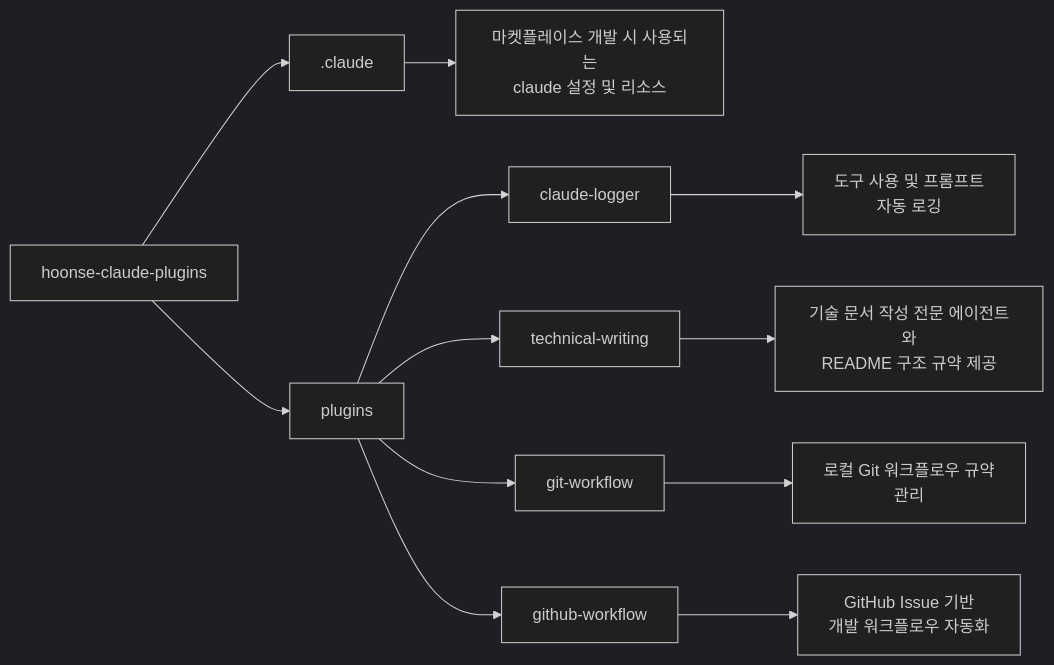
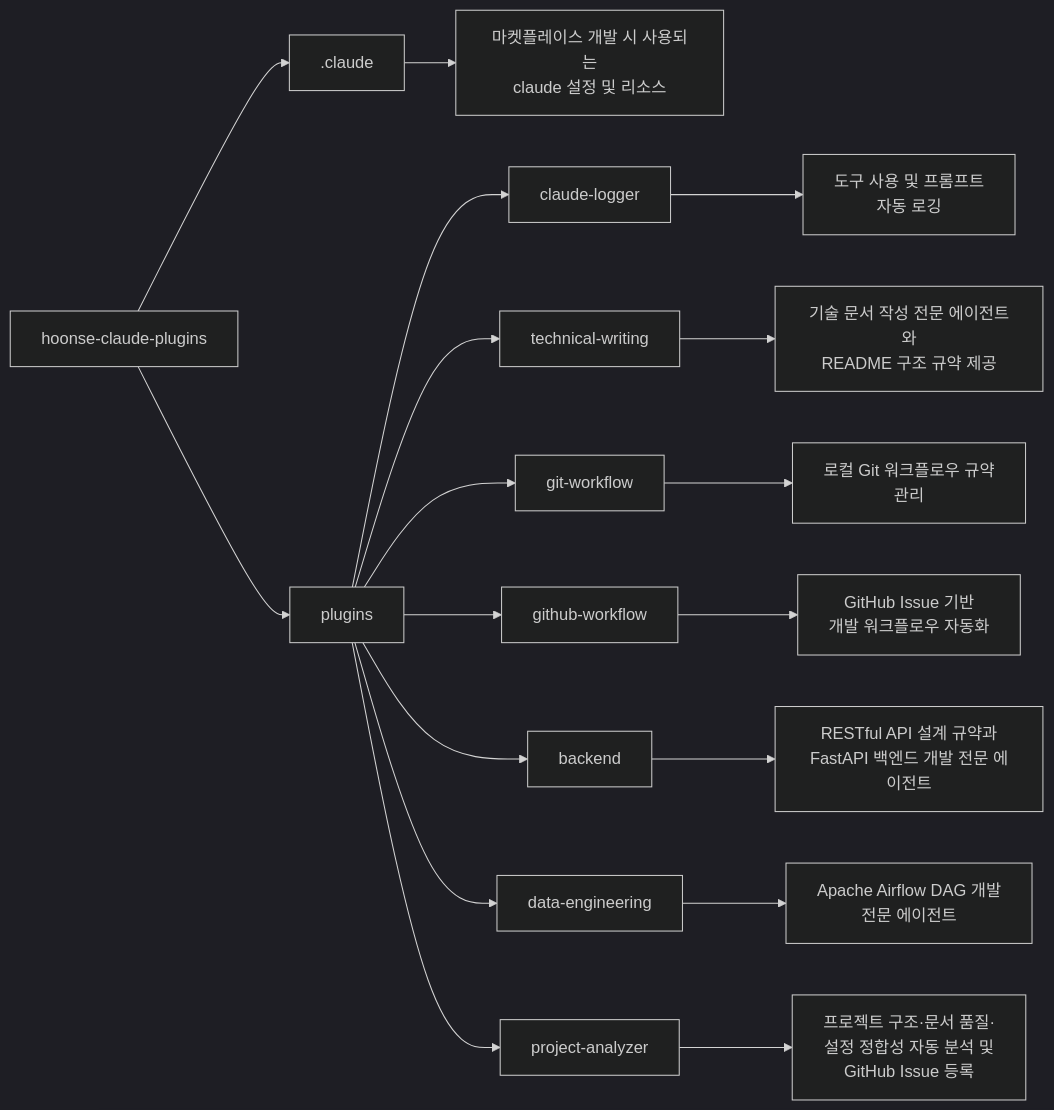
One commit to iamhoonse-dev/hoonse-claude-plugins changed the diagram in README.md. Above: the diagram before and after it, drawn with Mermaid (dark theme). The commit also changed other lines of this file, not shown here.

Commit message:
docs(root): Mermaid 다이어그램 및 플러그인 목록에 backend, data-engineering, project-analyzer 추가

````diff
--- a/README.md
+++ b/README.md
@@ -7,14 +7,20 @@
 ```mermaid
 graph LR
     A[hoonse-claude-plugins] --> B[.claude]
     B --> B1[마켓플레이스 개발 시 사용되는<br/>claude 설정 및 리소스]
     A --> C[plugins]
     C --> D[claude-logger]
     D --> D1[도구 사용 및 프롬프트<br/>자동 로깅]
     C --> F[technical-writing]
     F --> F1[기술 문서 작성 전문 에이전트와<br/>README 구조 규약 제공]
     C --> G[git-workflow]
     G --> G1[로컬 Git 워크플로우 규약<br/>관리]
     C --> H[github-workflow]
     H --> H1[GitHub Issue 기반<br/>개발 워크플로우 자동화]
+    C --> I[backend]
+    I --> I1[RESTful API 설계 규약과<br/>FastAPI 백엔드 개발 전문 에이전트]
+    C --> J[data-engineering]
+    J --> J1[Apache Airflow DAG 개발<br/>전문 에이전트]
+    C --> K[project-analyzer]
+    K --> K1[프로젝트 구조·문서 품질·<br/>설정 정합성 자동 분석 및<br/>GitHub Issue 등록]
 ```
````
